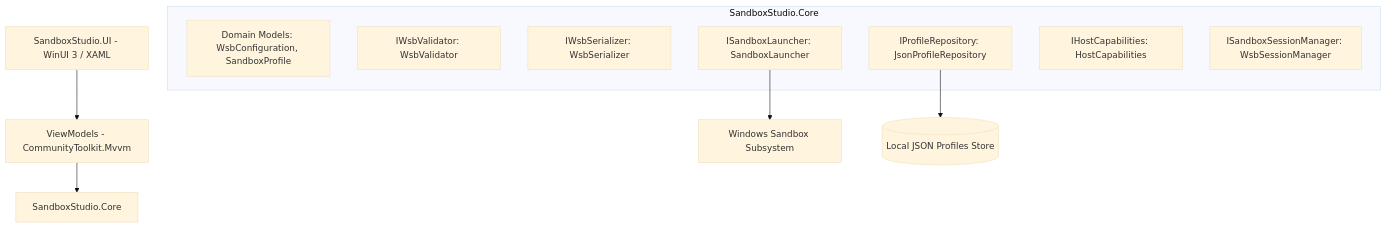
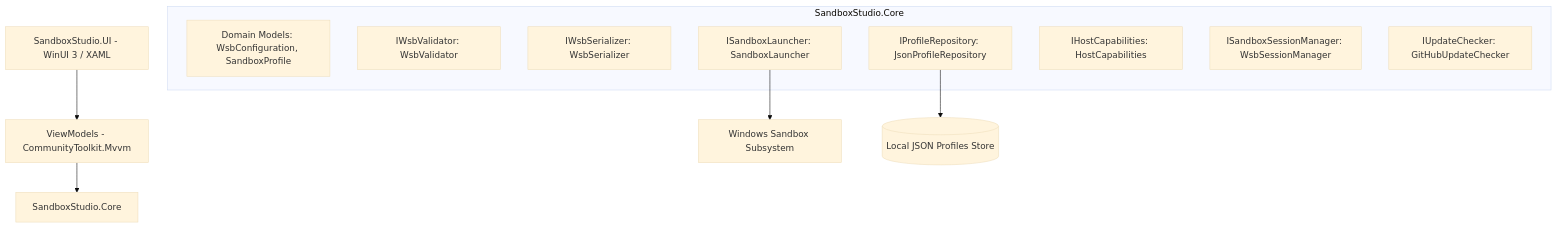
One commit to PAumedes/SandboxStudio changed the first of 2 diagrams in ARCHITECTURE.md. Above: the diagram before and after it, drawn with Mermaid (base theme). The commit also changed other lines of this file and 14 other files, not shown here.

First line of the commit message:
Add GitHub Releases update discovery (Phase 8)

````diff
--- a/ARCHITECTURE.md
+++ b/ARCHITECTURE.md
@@ -5,18 +5,19 @@
 ```mermaid
 graph TD
     UI[SandboxStudio.UI - WinUI 3 / XAML] --> VM[ViewModels - CommunityToolkit.Mvvm]
     VM --> Core[SandboxStudio.Core]
     
     subgraph SandboxStudio.Core
         Models[Domain Models: WsbConfiguration, SandboxProfile]
         Validation[IWsbValidator: WsbValidator]
         Serialization[IWsbSerializer: WsbSerializer]
         Storage[IProfileRepository: JsonProfileRepository]
         Execution[ISandboxLauncher: SandboxLauncher]
         Capabilities[IHostCapabilities: HostCapabilities]
         Sessions[ISandboxSessionManager: WsbSessionManager]
+        Updates[IUpdateChecker: GitHubUpdateChecker]
     end
 
     Execution --> OS[Windows Sandbox Subsystem]
     Storage --> Disk[(Local JSON Profiles Store)]
 ```
````
